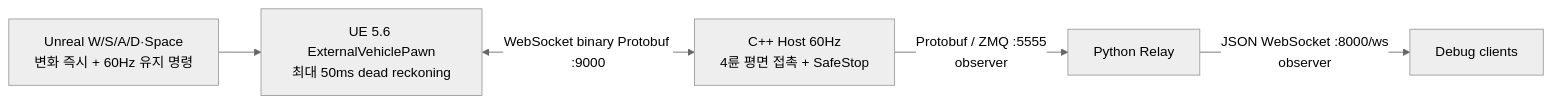
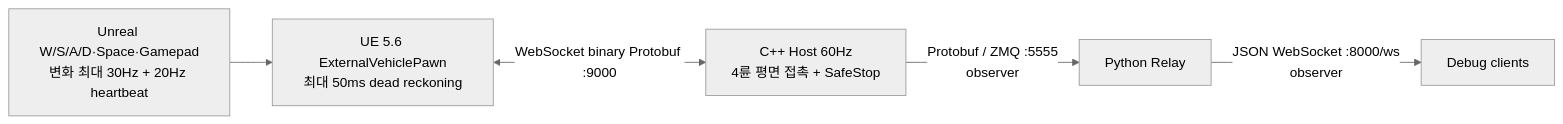
The first of 4 diagrams in docs/03_architecture.md (GonoBae/Drive_Integration), drawn with Mermaid (neutral theme) before and after one commit. The commit also changed other lines of this file and 68 other files, not shown here.

````diff
--- a/docs/03_architecture.md
+++ b/docs/03_architecture.md
@@ -26,7 +26,7 @@
 ```mermaid
 flowchart LR
-    INPUT["Unreal W/S/A/D·Space\n변화 즉시 + 60Hz 유지 명령"] --> UE["UE 5.6 ExternalVehiclePawn\n최대 50ms dead reckoning"]
+    INPUT["Unreal W/S/A/D·Space·Gamepad\n변화 최대 30Hz + 20Hz heartbeat"] --> UE["UE 5.6 ExternalVehiclePawn\n최대 50ms dead reckoning"]
     UE <-->|"WebSocket binary Protobuf :9000"| CPP["C++ Host 60Hz\n4륜 평면 접촉 + SafeStop"]
     CPP -->|"Protobuf / ZMQ :5555\nobserver"| PY["Python Relay"]
     PY -->|"JSON WebSocket :8000/ws\nobserver"| DBG["Debug clients"]
 ```
````
